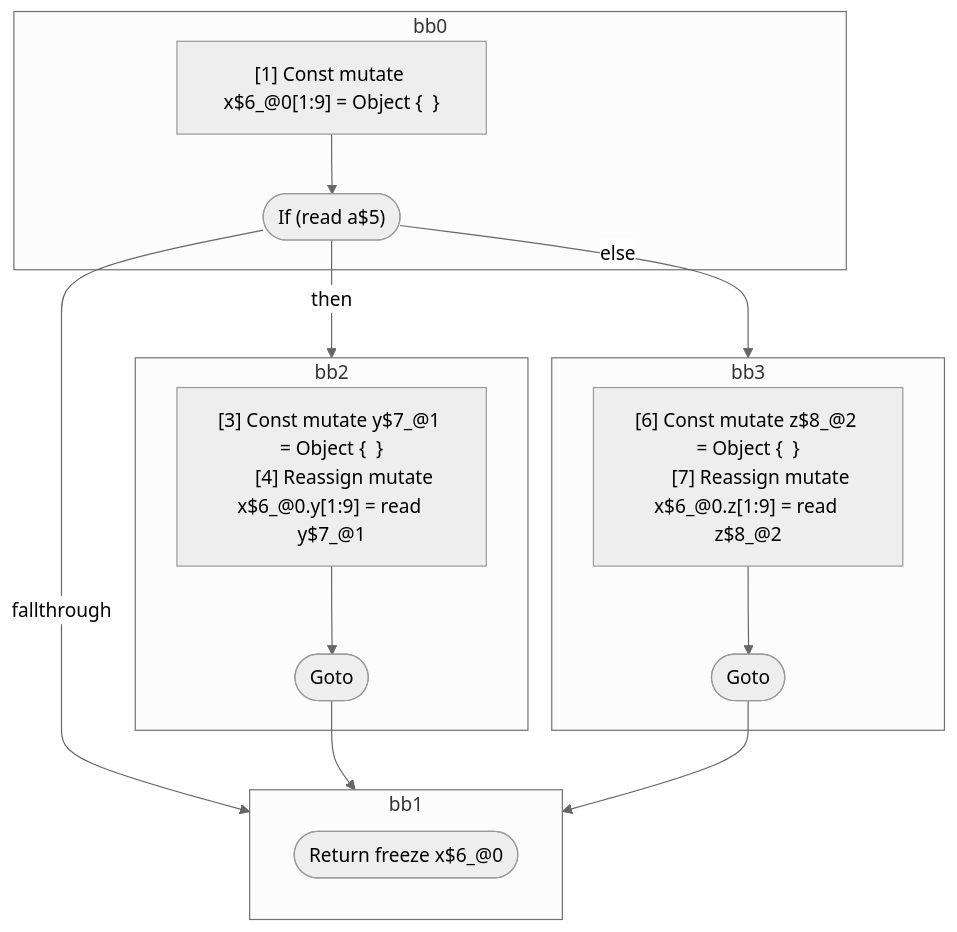
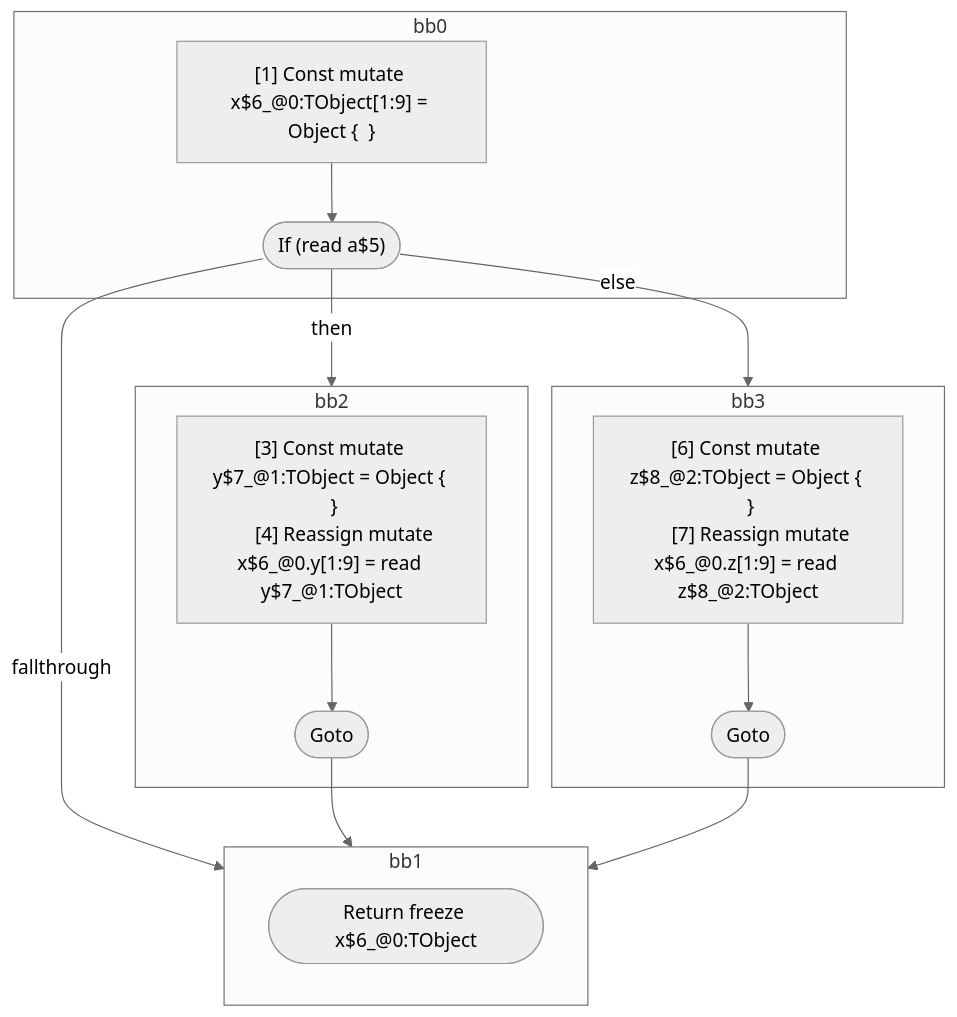
One commit to wutsmog/private changed the diagram in compiler/forget/src/__tests__/fixtures/hir/ssa-property-alias-if.expect.md. Above: the diagram before and after it, drawn with Mermaid (neutral theme). The commit also changed other lines of this file and 112 other files, not shown here.

````diff
--- a/compiler/forget/src/__tests__/fixtures/hir/ssa-property-alias-if.expect.md
+++ b/compiler/forget/src/__tests__/fixtures/hir/ssa-property-alias-if.expect.md
@@ -73,35 +73,35 @@
 ```mermaid
 flowchart TB
   %% Basic Blocks
   subgraph bb0
     bb0_instrs["
-      [1] Const mutate x$6_@0[1:9] = Object {  }
+      [1] Const mutate x$6_@0:TObject[1:9] = Object {  }
     "]
     bb0_instrs --> bb0_terminal(["If (read a$5)"])
   end
   subgraph bb2
     bb2_instrs["
-      [3] Const mutate y$7_@1 = Object {  }
-      [4] Reassign mutate x$6_@0.y[1:9] = read y$7_@1
+      [3] Const mutate y$7_@1:TObject = Object {  }
+      [4] Reassign mutate x$6_@0.y[1:9] = read y$7_@1:TObject
     "]
     bb2_instrs --> bb2_terminal(["Goto"])
   end
   subgraph bb3
     bb3_instrs["
-      [6] Const mutate z$8_@2 = Object {  }
-      [7] Reassign mutate x$6_@0.z[1:9] = read z$8_@2
+      [6] Const mutate z$8_@2:TObject = Object {  }
+      [7] Reassign mutate x$6_@0.z[1:9] = read z$8_@2:TObject
     "]
     bb3_instrs --> bb3_terminal(["Goto"])
   end
   subgraph bb1
-    bb1_terminal(["Return freeze x$6_@0"])
+    bb1_terminal(["Return freeze x$6_@0:TObject"])
   end
 
   %% Jumps
   bb0_terminal -- "then" --> bb2
   bb0_terminal -- "else" --> bb3
   bb0_terminal -- "fallthrough" --> bb1
   bb2_terminal --> bb1
   bb3_terminal --> bb1
 
 ```
````
